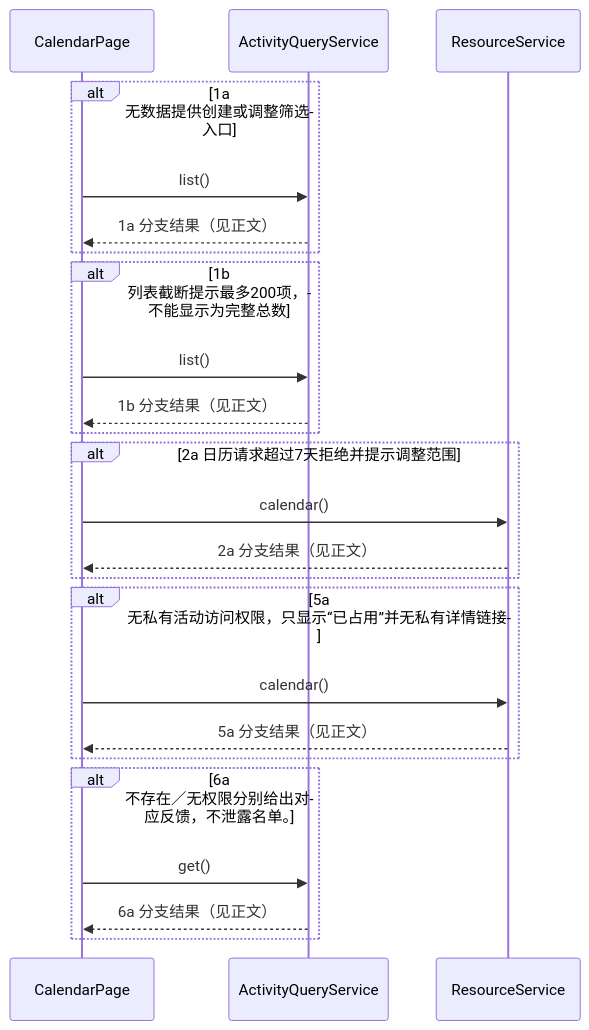
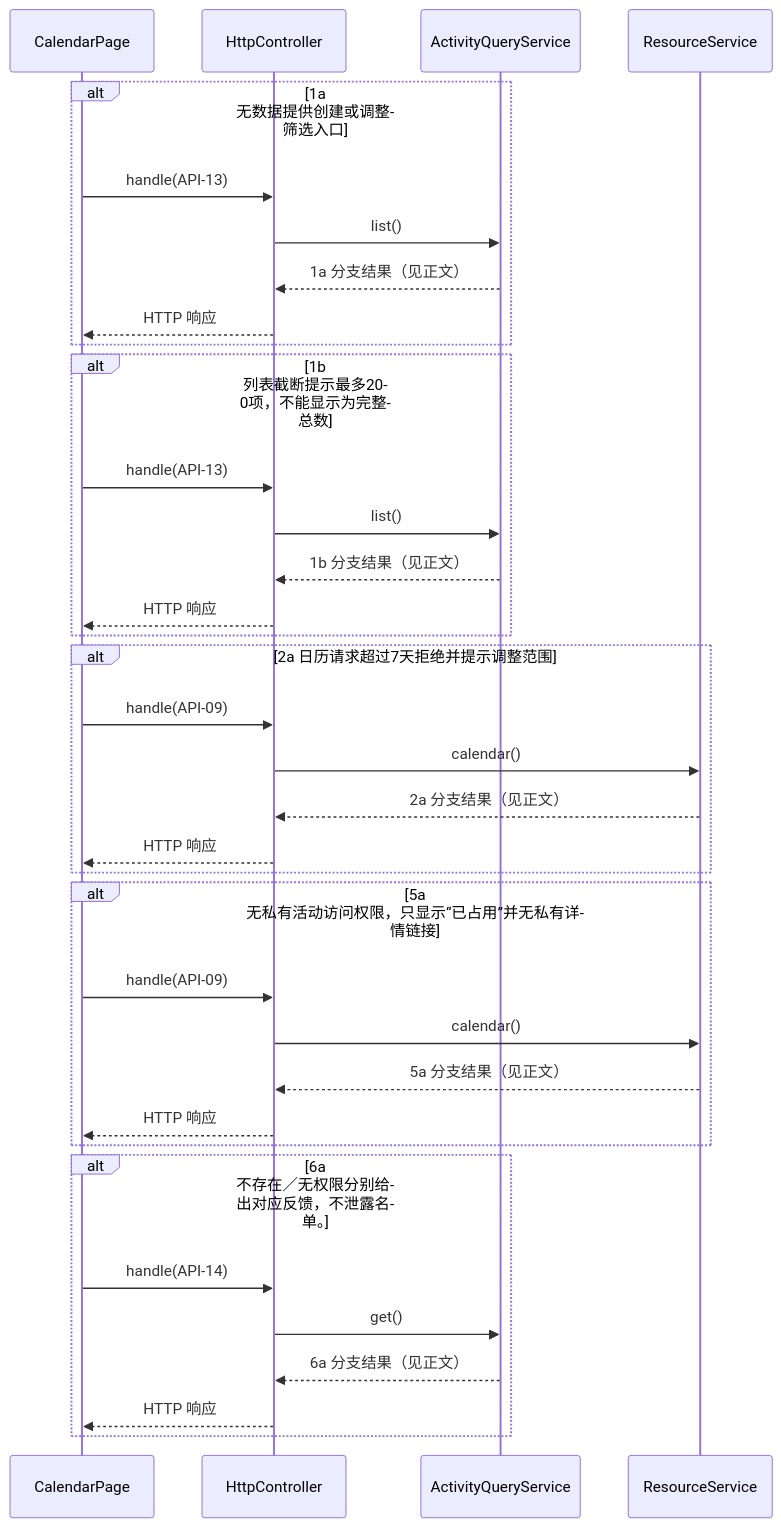
Before and after one commit to Rito-492/campus-sched: the tenth of 44 diagrams in docs/design/software-design-task4.md, drawn with Mermaid. The commit also changed other lines of this file and 3 other files, not shown here.

Commit message:
docs: 修正任务4顺序图HTTP边界与页面调用方向

````diff
--- a/docs/design/software-design-task4.md
+++ b/docs/design/software-design-task4.md
@@ -1226,26 +1293,37 @@
 ```mermaid
 sequenceDiagram
  participant CalendarPage
+ participant HttpController
  participant ActivityQueryService
  participant ResourceService
  alt 1a 无数据提供创建或调整筛选入口
- CalendarPage->>ActivityQueryService: list()
- ActivityQueryService-->>CalendarPage: 1a 分支结果（见正文）
+ CalendarPage->>HttpController: handle(API-13)
+ HttpController->>ActivityQueryService: list()
+ ActivityQueryService-->>HttpController: 1a 分支结果（见正文）
+ HttpController-->>CalendarPage: HTTP 响应
  end
  alt 1b 列表截断提示最多200项，不能显示为完整总数
- CalendarPage->>ActivityQueryService: list()
- ActivityQueryService-->>CalendarPage: 1b 分支结果（见正文）
+ CalendarPage->>HttpController: handle(API-13)
+ HttpController->>ActivityQueryService: list()
+ ActivityQueryService-->>HttpController: 1b 分支结果（见正文）
+ HttpController-->>CalendarPage: HTTP 响应
  end
  alt 2a 日历请求超过7天拒绝并提示调整范围
- CalendarPage->>ResourceService: calendar()
- ResourceService-->>CalendarPage: 2a 分支结果（见正文）
+ CalendarPage->>HttpController: handle(API-09)
+ HttpController->>ResourceService: calendar()
+ ResourceService-->>HttpController: 2a 分支结果（见正文）
+ HttpController-->>CalendarPage: HTTP 响应
  end
  alt 5a 无私有活动访问权限，只显示“已占用”并无私有详情链接
- CalendarPage->>ResourceService: calendar()
- ResourceService-->>CalendarPage: 5a 分支结果（见正文）
+ CalendarPage->>HttpController: handle(API-09)
+ HttpController->>ResourceService: calendar()
+ ResourceService-->>HttpController: 5a 分支结果（见正文）
+ HttpController-->>CalendarPage: HTTP 响应
  end
  alt 6a 不存在／无权限分别给出对应反馈，不泄露名单。
- CalendarPage->>ActivityQueryService: get()
- ActivityQueryService-->>CalendarPage: 6a 分支结果（见正文）
+ CalendarPage->>HttpController: handle(API-14)
+ HttpController->>ActivityQueryService: get()
+ ActivityQueryService-->>HttpController: 6a 分支结果（见正文）
+ HttpController-->>CalendarPage: HTTP 响应
  end
 ```
````
